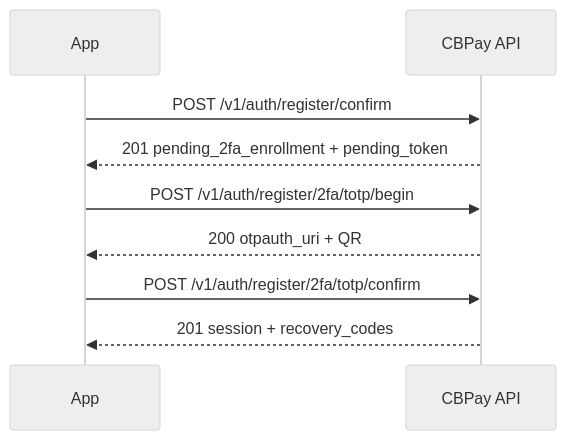
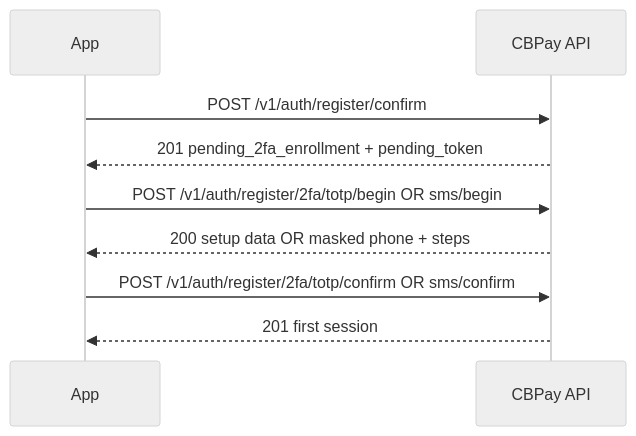
Before and after one commit to CBpayapp/cbpay-docs: the first of 2 diagrams in en/security-2fa.mdx, drawn with Mermaid (neutral theme). The commit also changed other lines of this file and 51 other files, not shown here.

````diff
--- a/en/security-2fa.mdx
+++ b/en/security-2fa.mdx
@@ -33,11 +33,11 @@
 ```mermaid
 sequenceDiagram
   participant A as App
   participant API as CBPay API
   A->>API: POST /v1/auth/register/confirm
   API-->>A: 201 pending_2fa_enrollment + pending_token
-  A->>API: POST /v1/auth/register/2fa/totp/begin
-  API-->>A: 200 otpauth_uri + QR
-  A->>API: POST /v1/auth/register/2fa/totp/confirm
-  API-->>A: 201 session + recovery_codes
+  A->>API: POST /v1/auth/register/2fa/totp/begin OR sms/begin
+  API-->>A: 200 setup data OR masked phone + steps
+  A->>API: POST /v1/auth/register/2fa/totp/confirm OR sms/confirm
+  API-->>A: 201 first session
 ```
````
